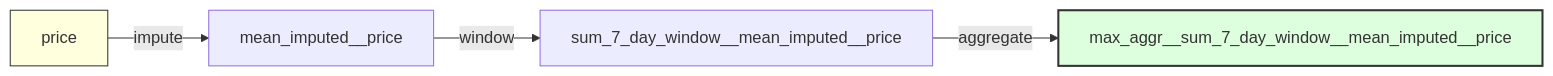
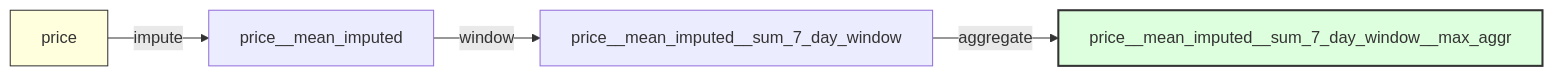
Before and after one commit to mloda-ai/mloda: the fifth of 5 diagrams in memory-bank/feature_groups.md, drawn with Mermaid. The commit also changed other lines of this file and 81 other files, not shown here.

````diff
--- a/memory-bank/feature_groups.md
+++ b/memory-bank/feature_groups.md
@@ -167,9 +167,9 @@
 ```mermaid
 graph LR
-    price --> |impute| imp[mean_imputed__price]
-    imp --> |window| win[sum_7_day_window__mean_imputed__price]
-    win --> |aggregate| final[max_aggr__sum_7_day_window__mean_imputed__price]
-    
+    price --> |impute| imp[price__mean_imputed]
+    imp --> |window| win[price__mean_imputed__sum_7_day_window]
+    win --> |aggregate| final[price__mean_imputed__sum_7_day_window__max_aggr]
+
     style price fill:#ffd,stroke:#333
     style final fill:#dfd,stroke:#333,stroke-width:2px
 ```
````
